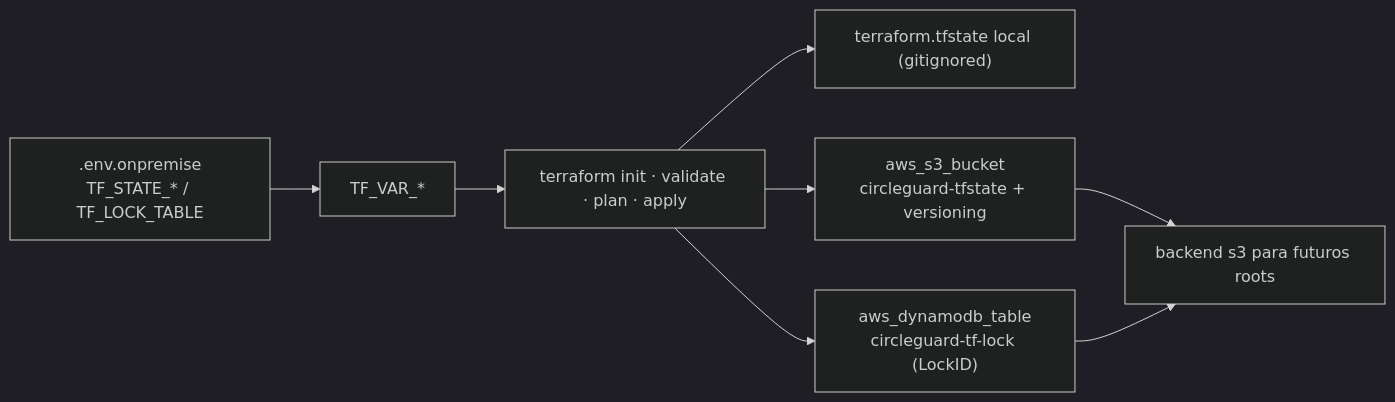
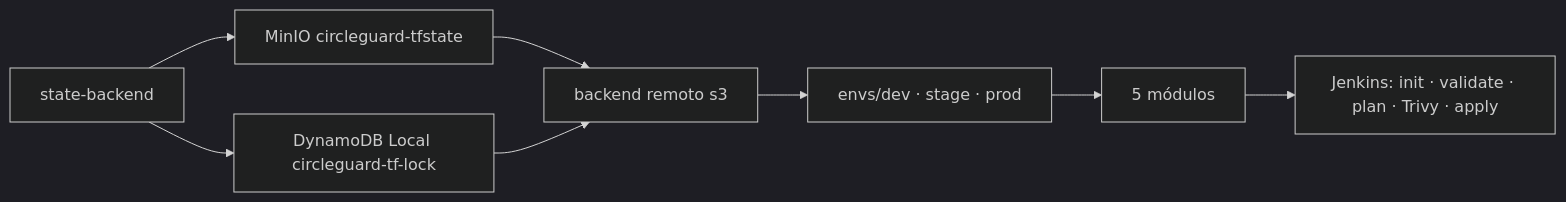
The second of 3 diagrams in docs/diagramas/README.md (ingesoft5/circle-guard-finalproject-A00401805-A00405090-A00401428-A00377013), drawn with Mermaid (dark theme) before and after one commit. The commit also changed other lines of this file and 63 other files, not shown here.

````diff
--- a/docs/diagramas/README.md
+++ b/docs/diagramas/README.md
@@ -39,10 +31,10 @@
 ```mermaid
 flowchart LR
-  ENV[".env.onpremise<br/>TF_STATE_* / TF_LOCK_TABLE"] --> VAR["TF_VAR_*"]
-  VAR --> TF["terraform init · validate · plan · apply"]
-  TF --> LOCAL["terraform.tfstate local (gitignored)"]
-  TF --> S3["aws_s3_bucket<br/>circleguard-tfstate + versioning"]
-  TF --> LOCK["aws_dynamodb_table<br/>circleguard-tf-lock (LockID)"]
-  S3 --> BACKEND["backend s3 para futuros roots"]
-  LOCK --> BACKEND
+  BOOT["state-backend"] --> S3["MinIO circleguard-tfstate"]
+  BOOT --> LOCK["DynamoDB Local circleguard-tf-lock"]
+  S3 --> BACK["backend remoto s3"]
+  LOCK --> BACK
+  BACK --> ENVS["envs/dev · stage · prod"]
+  ENVS --> MODS["5 módulos"]
+  MODS --> CI["Jenkins: init · validate · plan · Trivy · apply"]
 ```
````
